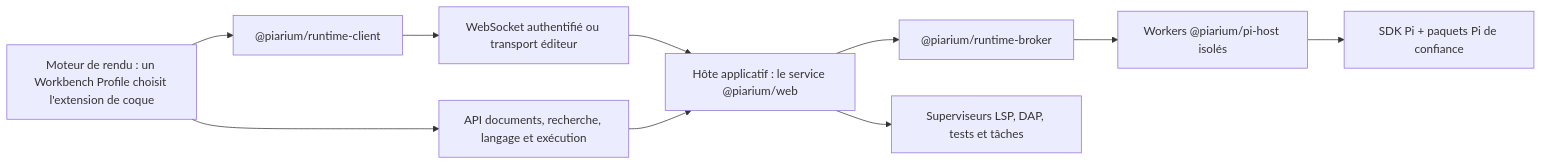
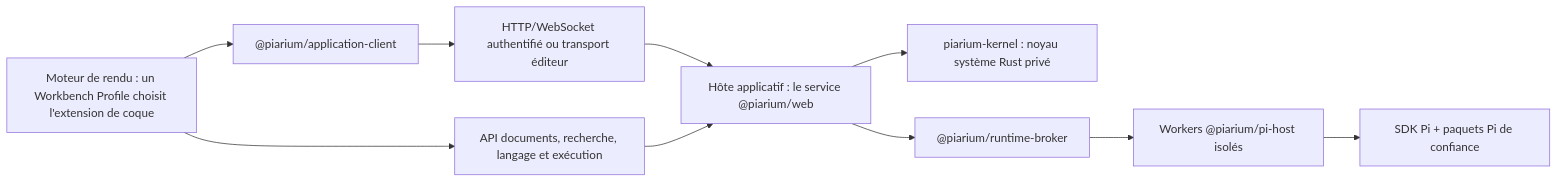
The diagram in .github/readme/README.fr.md (Youzini-afk/Piarium), drawn with Mermaid before and after one commit. The commit also changed other lines of this file and 4 other files, not shown here.

Commit message:
docs(readme): describe the agent harness and Rust kernel

````diff
--- a/.github/readme/README.fr.md
+++ b/.github/readme/README.fr.md
@@ -257,12 +290,12 @@
 ```mermaid
 flowchart LR
-    S["Moteur de rendu : un Workbench Profile choisit l'extension de coque"] --> C["@piarium/runtime-client"]
+    S["Moteur de rendu : un Workbench Profile choisit l'extension de coque"] --> C["@piarium/application-client"]
     S --> D["API documents, recherche, langage et exécution"]
-    C --> T["WebSocket authentifié ou transport éditeur"]
+    C --> T["HTTP/WebSocket authentifié ou transport éditeur"]
     T --> A["Hôte applicatif : le service @piarium/web"]
     D --> A
+    A --> K["piarium-kernel : noyau système Rust privé"]
     A --> B["@piarium/runtime-broker"]
-    A --> L["Superviseurs LSP, DAP, tests et tâches"]
     B --> H["Workers @piarium/pi-host isolés"]
     H --> P["SDK Pi + paquets Pi de confiance"]
 ```
````
